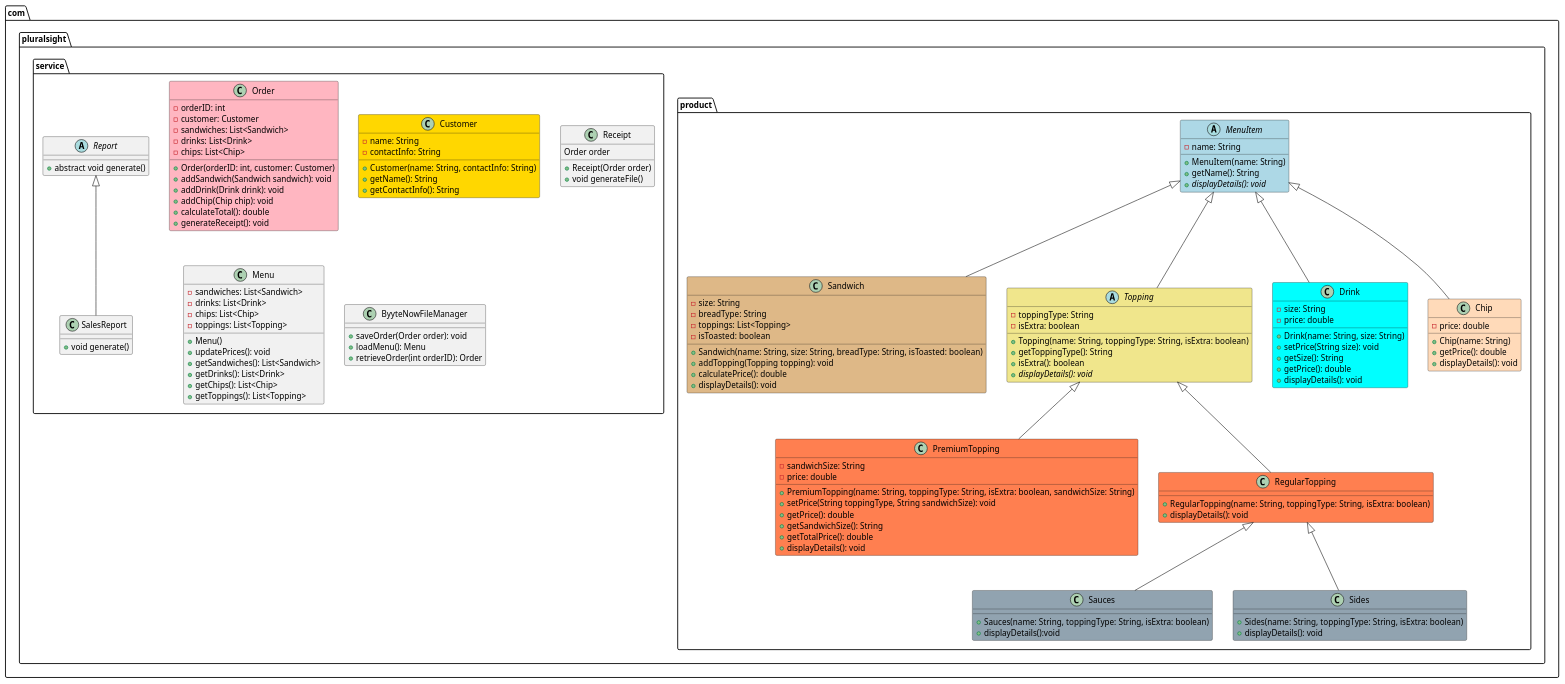
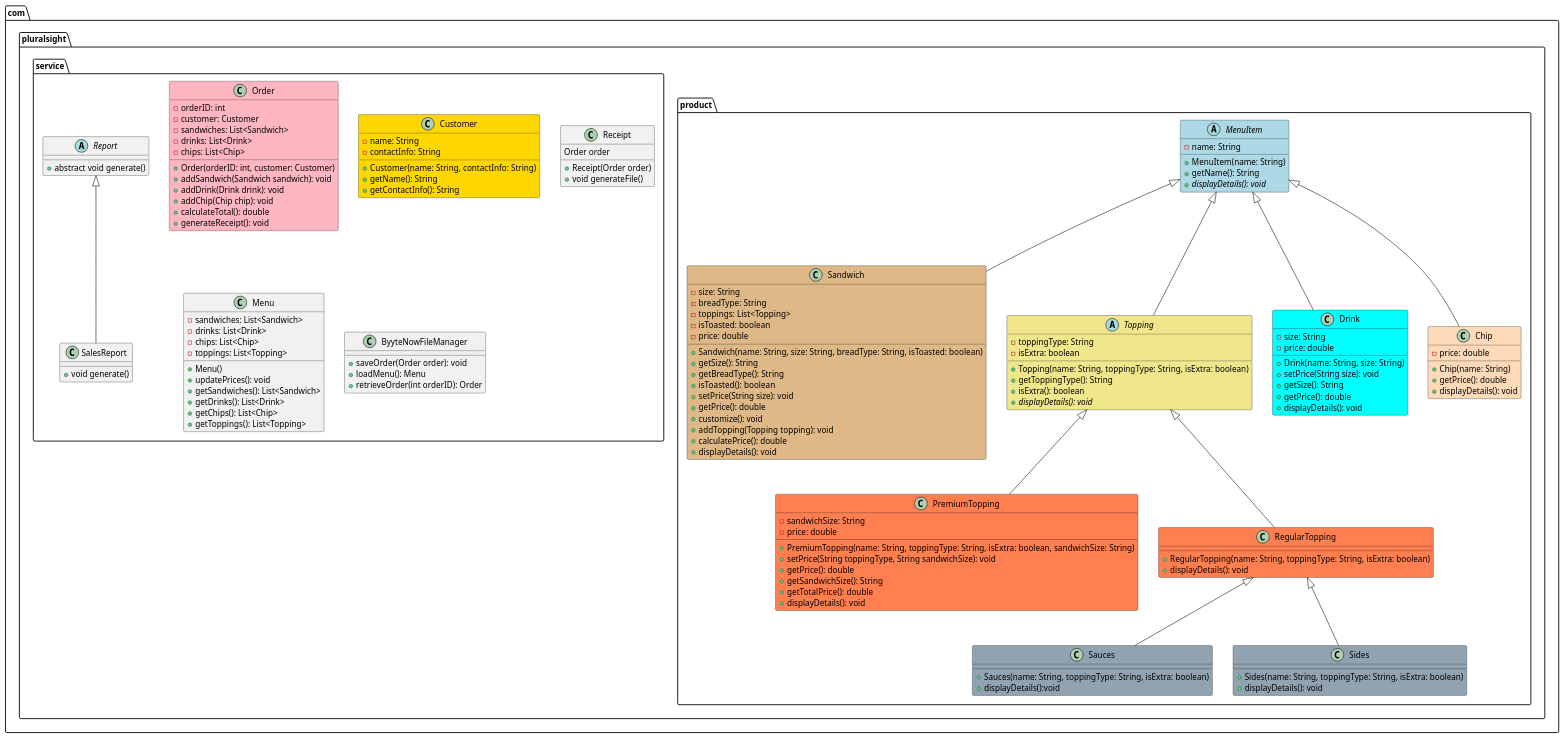
The diagram in src/main/java/com/pluralsight/byyte-now.puml (Ptunda/byyte-now), drawn with PlantUML before and after one commit. The commit also changed 3 other files, not shown here.

```diff
--- a/src/main/java/com/pluralsight/byyte-now.puml
+++ b/src/main/java/com/pluralsight/byyte-now.puml
@@ -1,156 +1,163 @@
 @startuml
 package com.pluralsight{
 
 package com.pluralsight.product{
 
 abstract class MenuItem #lightblue{
 -name: String
 
 +MenuItem(name: String)
 +getName(): String
 +{abstract} displayDetails(): void
 
 }
 
 class Sandwich #DEB887 extends MenuItem{
 -size: String
 -breadType: String
 -toppings: List<Topping>
 -isToasted: boolean
+-price: double
 
 +Sandwich(name: String, size: String, breadType: String, isToasted: boolean)
++getSize(): String
++getBreadType(): String
++isToasted(): boolean
++setPrice(String size): void
++getPrice(): double
++customize(): void
 +addTopping(Topping topping): void
 +calculatePrice(): double
 +displayDetails(): void
 }
 
 abstract class Topping #F0E68C extends MenuItem {
 -toppingType: String
 -isExtra: boolean
 +Topping(name: String, toppingType: String, isExtra: boolean)
 +getToppingType(): String
 +isExtra(): boolean
 +{abstract} displayDetails(): void
 }
 
 class Drink #00FFFF extends MenuItem {
 -size: String
 -price: double
 
 +Drink(name: String, size: String)
 +setPrice(String size): void
 +getSize(): String
 +getPrice(): double
 +displayDetails(): void
 }
 
 class Chip #FFDAB9 extends MenuItem {
 -price: double
 
 +Chip(name: String)
 +getPrice(): double
 +displayDetails(): void
 }
 
 
 class PremiumTopping #FF7F50 extends Topping {
 -sandwichSize: String
 -price: double
 +PremiumTopping(name: String, toppingType: String, isExtra: boolean, sandwichSize: String)
 +setPrice(String toppingType, String sandwichSize): void
 +getPrice(): double
 +getSandwichSize(): String
 +getTotalPrice(): double
 +displayDetails(): void
 }
 
 class RegularTopping #FF7F50 extends Topping {
 +RegularTopping(name: String, toppingType: String, isExtra: boolean)
 +displayDetails(): void
 }
 
 class Sauces #91A3B0 extends RegularTopping{
 
 +Sauces(name: String, toppingType: String, isExtra: boolean)
 +displayDetails():void
 
 }
 
 class Sides #91A3B0 extends RegularTopping{
 
 +Sides(name: String, toppingType: String, isExtra: boolean)
 +displayDetails(): void
 }
 
 
 }
 
 package com.pluralsight.service{
 
 class Order #FFB6C1 {
 -orderID: int
 -customer: Customer
 -sandwiches: List<Sandwich>
 -drinks: List<Drink>
 -chips: List<Chip>
 
 +Order(orderID: int, customer: Customer)
 +addSandwich(Sandwich sandwich): void
 +addDrink(Drink drink): void
 +addChip(Chip chip): void
 +calculateTotal(): double
 +generateReceipt(): void
 }
 
 class Customer #FFD700{
 -name: String
 -contactInfo: String
 
 +Customer(name: String, contactInfo: String)
 +getName(): String
 +getContactInfo(): String
 }
 
 abstract class Report {
 +abstract void generate()
 }
 
 
 class Receipt {
 Order order
 
 +Receipt(Order order)
 +void generateFile()
 }
 
 class SalesReport extends Report {
 +void generate()
 }
 
 class Menu {
 -sandwiches: List<Sandwich>
 -drinks: List<Drink>
 -chips: List<Chip>
 -toppings: List<Topping>
 
 + Menu()
 +updatePrices(): void
 +getSandwiches(): List<Sandwich>
 +getDrinks(): List<Drink>
 +getChips(): List<Chip>
 +getToppings(): List<Topping>
 }
 
 class ByyteNowFileManager {
 +saveOrder(Order order): void
 +loadMenu(): Menu
 +retrieveOrder(int orderID): Order
 }
 
 
 }
 
 }
 
 
 @enduml
```
